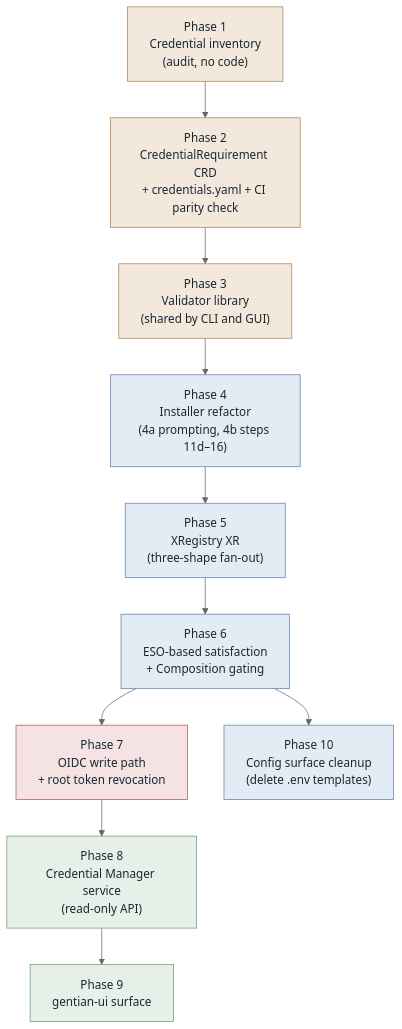
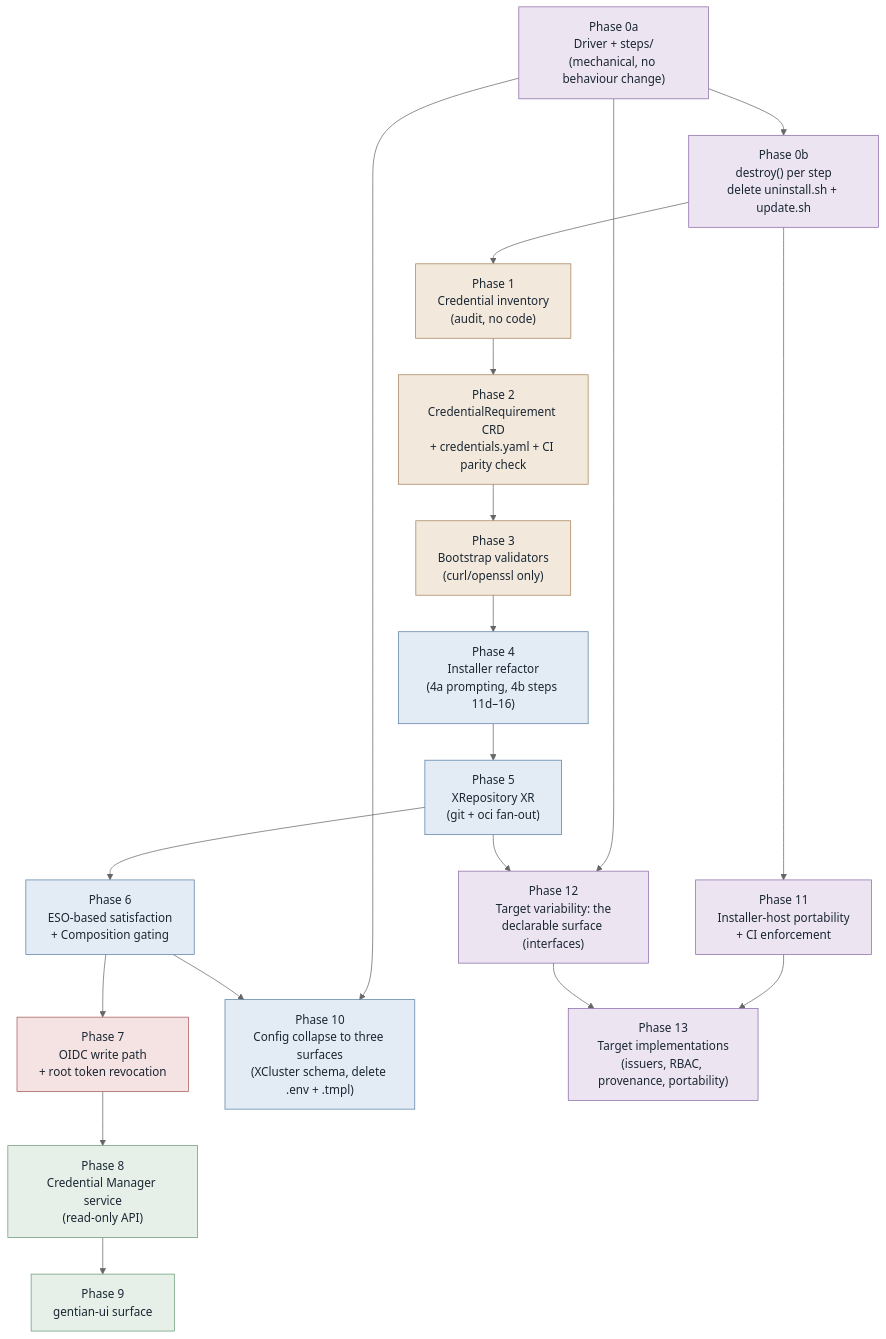
The sixth of 6 diagrams in docs/plans/config-and-credential-cleanup.md (gentian-org/gentian-os), drawn with Mermaid before and after one commit. The commit also changed other lines of this file and 60 other files, not shown here.

First line of the commit message:
refactor(install): one driver over scripts/steps/, replacing three scripts

````diff
--- a/docs/plans/config-and-credential-cleanup.md
+++ b/docs/plans/config-and-credential-cleanup.md
@@ -498,27 +1096,40 @@
 ```mermaid
 %%{init: {'theme':'neutral'}}%%
 flowchart TB
+    P0a["Phase 0a<br/>Driver + steps/<br/>(mechanical, no behaviour change)"]
+    P0b["Phase 0b<br/>destroy() per step<br/>delete uninstall.sh + update.sh"]
     P1["Phase 1<br/>Credential inventory<br/>(audit, no code)"]
     P2["Phase 2<br/>CredentialRequirement CRD<br/>+ credentials.yaml + CI parity check"]
-    P3["Phase 3<br/>Validator library<br/>(shared by CLI and GUI)"]
+    P3["Phase 3<br/>Bootstrap validators<br/>(curl/openssl only)"]
     P4["Phase 4<br/>Installer refactor<br/>(4a prompting, 4b steps 11d–16)"]
-    P5["Phase 5<br/>XRegistry XR<br/>(three-shape fan-out)"]
+    P5["Phase 5<br/>XRepository XR<br/>(git + oci fan-out)"]
     P6["Phase 6<br/>ESO-based satisfaction<br/>+ Composition gating"]
     P7["Phase 7<br/>OIDC write path<br/>+ root token revocation"]
     P8["Phase 8<br/>Credential Manager service<br/>(read-only API)"]
     P9["Phase 9<br/>gentian-ui surface"]
-    P10["Phase 10<br/>Config surface cleanup<br/>(delete .env templates)"]
+    P10["Phase 10<br/>Config collapse to three surfaces<br/>(XCluster schema, delete .env + .tmpl)"]
+    P11["Phase 11<br/>Installer-host portability<br/>+ CI enforcement"]
+    P12["Phase 12<br/>Target variability: the<br/>declarable surface (interfaces)"]
+    P13["Phase 13<br/>Target implementations<br/>(issuers, RBAC, provenance, portability)"]
 
-    P1 --> P2 --> P3 --> P4 --> P5 --> P6 --> P7 --> P8 --> P9
+    P0a --> P0b --> P1 --> P2 --> P3 --> P4 --> P5 --> P6 --> P7 --> P8 --> P9
+    P0a --> P10
     P6 --> P10
+    P0b --> P11
+    P0a --> P12
+    P5 --> P12
+    P11 --> P13
+    P12 --> P13
 
+    classDef struct fill:#ede4f2,stroke:#8a6ba8,color:#1a2733
     classDef found fill:#f2e8dc,stroke:#a8845b,color:#1a2733
     classDef core fill:#e3ecf5,stroke:#5b7fa8,color:#1a2733
     classDef sec fill:#f5e3e3,stroke:#a85b5b,color:#1a2733
     classDef ui fill:#e6f0e8,stroke:#6a9b76,color:#1a2733
 
+    class P0a,P0b,P11,P12,P13 struct
     class P1,P2,P3 found
     class P4,P5,P6,P10 core
     class P7 sec
     class P8,P9 ui
 ```
````
